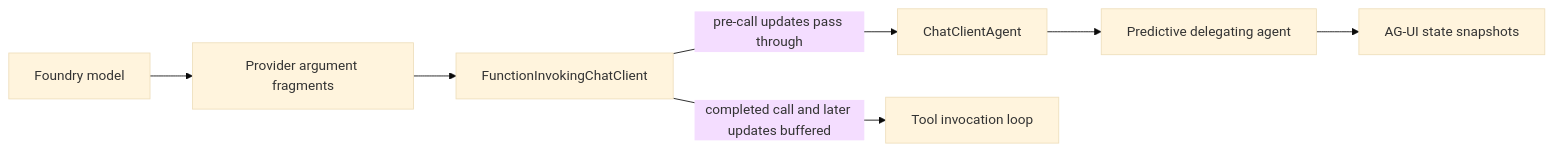
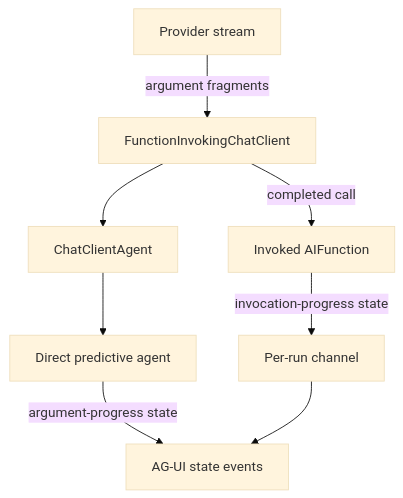
Before and after one commit to danroth27/AgenticUI: the diagram in docs/predictive-state-prototypes.md, drawn with Mermaid (base theme). The commit also changed other lines of this file and 5 other files, not shown here.

````diff
--- a/docs/predictive-state-prototypes.md
+++ b/docs/predictive-state-prototypes.md
@@ -23,9 +20,19 @@
 ```mermaid
-flowchart LR
-    Model[Foundry model] --> Raw[Provider argument fragments]
-    Raw --> FICC[FunctionInvokingChatClient]
-    FICC -->|pre-call updates pass through| Agent[ChatClientAgent]
-    FICC -->|completed call and later updates buffered| Invoke[Tool invocation loop]
-    Agent --> Wrapper[Predictive delegating agent]
-    Wrapper --> State[AG-UI state snapshots]
+flowchart TB
+    Provider[Provider stream]
+    FICC[FunctionInvokingChatClient]
+    Agent[ChatClientAgent]
+    Direct[Direct predictive agent]
+    Function[Invoked AIFunction]
+    Channel[Per-run channel]
+    UI[AG-UI state events]
+
+    Provider -->|argument fragments| FICC
+    FICC --> Agent
+    Agent --> Direct
+    Direct -->|argument-progress state| UI
+
+    FICC -->|completed call| Function
+    Function -->|invocation-progress state| Channel
+    Channel --> UI
 ```
````
